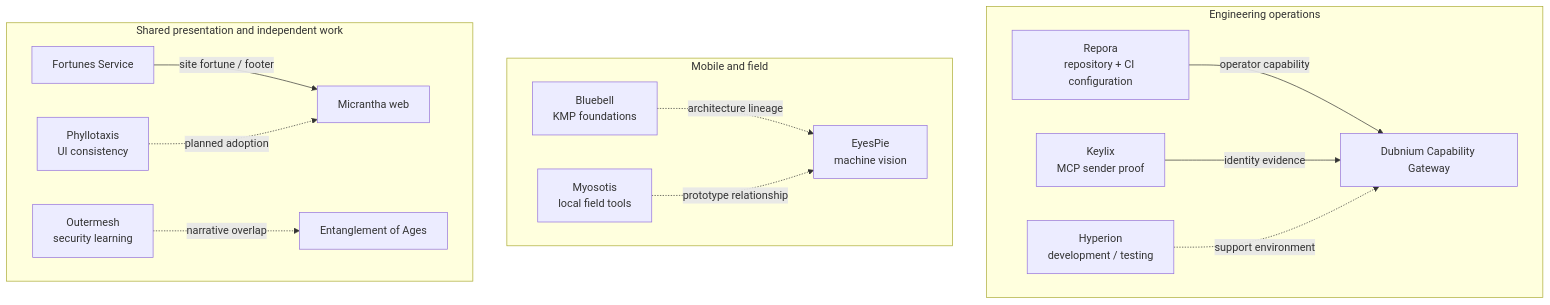
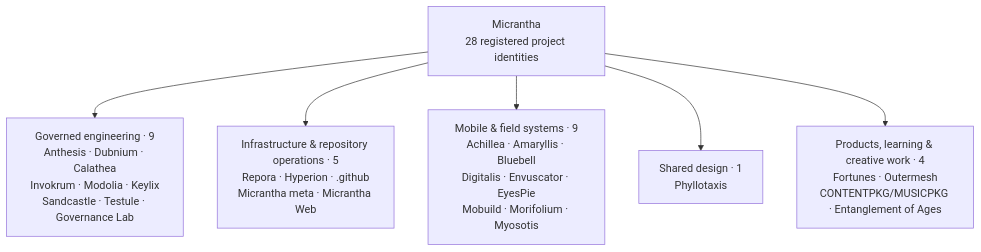
One commit to hackelia-micrantha/.github changed the first of 6 diagrams in docs/architecture/ecosystem-integration.md. Above: the diagram before and after it, drawn with Mermaid. The commit also changed other lines of this file, not shown here.

Commit message:
docs: enumerate all 28 portfolio projects by category with evidence-based drill-down

````diff
--- a/docs/architecture/ecosystem-integration.md
+++ b/docs/architecture/ecosystem-integration.md
@@ -11,17 +11,15 @@
 ```mermaid
 flowchart TB
-    subgraph Ops["Engineering operations"]
-      Rep["Repora<br/>repository + CI configuration"] -->|"operator capability"| Gate["Dubnium Capability Gateway"]
-      Key["Keylix<br/>MCP sender proof"] -->|"identity evidence"| Gate
-      Hyp["Hyperion<br/>development / testing"] -. "support environment" .-> Gate
-    end
-    subgraph Mobile["Mobile and field"]
-      Blue["Bluebell<br/>KMP foundations"] -. "architecture lineage" .-> Eyes["EyesPie<br/>machine vision"]
-      Myo["Myosotis<br/>local field tools"] -. "prototype relationship" .-> Eyes
-    end
-    subgraph Presence["Shared presentation and independent work"]
-      Fort["Fortunes Service"] -->|"site fortune / footer"| Web["Micrantha web"]
-      Phyl["Phyllotaxis<br/>UI consistency"] -. "planned adoption" .-> Web
-      Out["Outermesh<br/>security learning"] -. "narrative overlap" .-> Ent["Entanglement of Ages"]
-    end
+    Portfolio["Micrantha<br/>28 registered project identities"]
+    Gov["Governed engineering · 9<br/>Anthesis · Dubnium · Calathea<br/>Invokrum · Modolia · Keylix<br/>Sandcastle · Testule · Governance Lab"]
+    Ops["Infrastructure & repository operations · 5<br/>Repora · Hyperion · .github<br/>Micrantha meta · Micrantha Web"]
+    Mobile["Mobile & field systems · 9<br/>Achillea · Amaryllis · Bluebell<br/>Digitalis · Envuscator · EyesPie<br/>Mobuild · Morifolium · Myosotis"]
+    Design["Shared design · 1<br/>Phyllotaxis"]
+    Creative["Products, learning & creative work · 4<br/>Fortunes · Outermesh<br/>CONTENTPKG/MUSICPKG · Entanglement of Ages"]
+
+    Portfolio --> Gov
+    Portfolio --> Ops
+    Portfolio --> Mobile
+    Portfolio --> Design
+    Portfolio --> Creative
 ```
````
